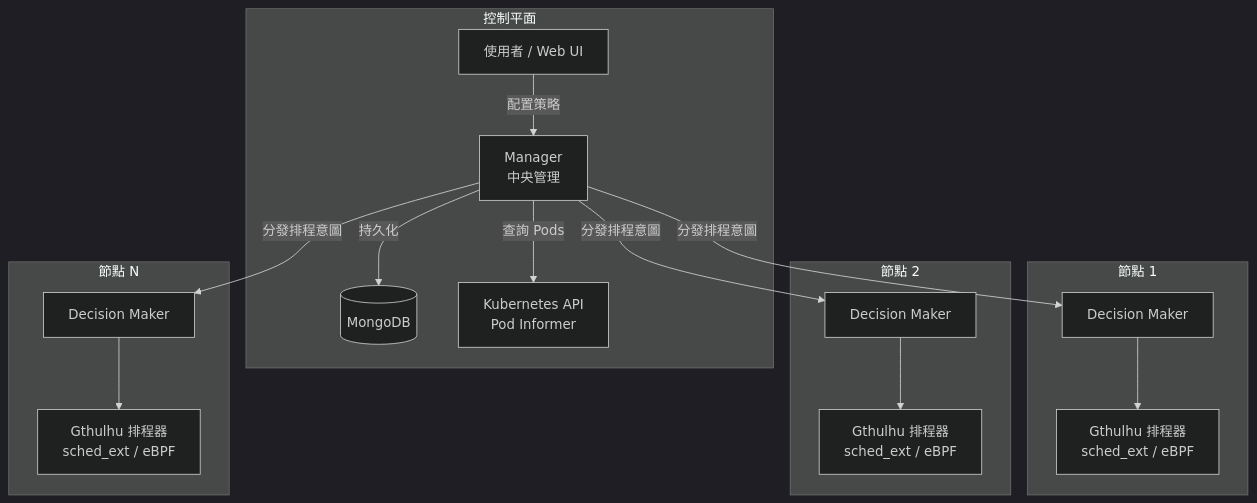
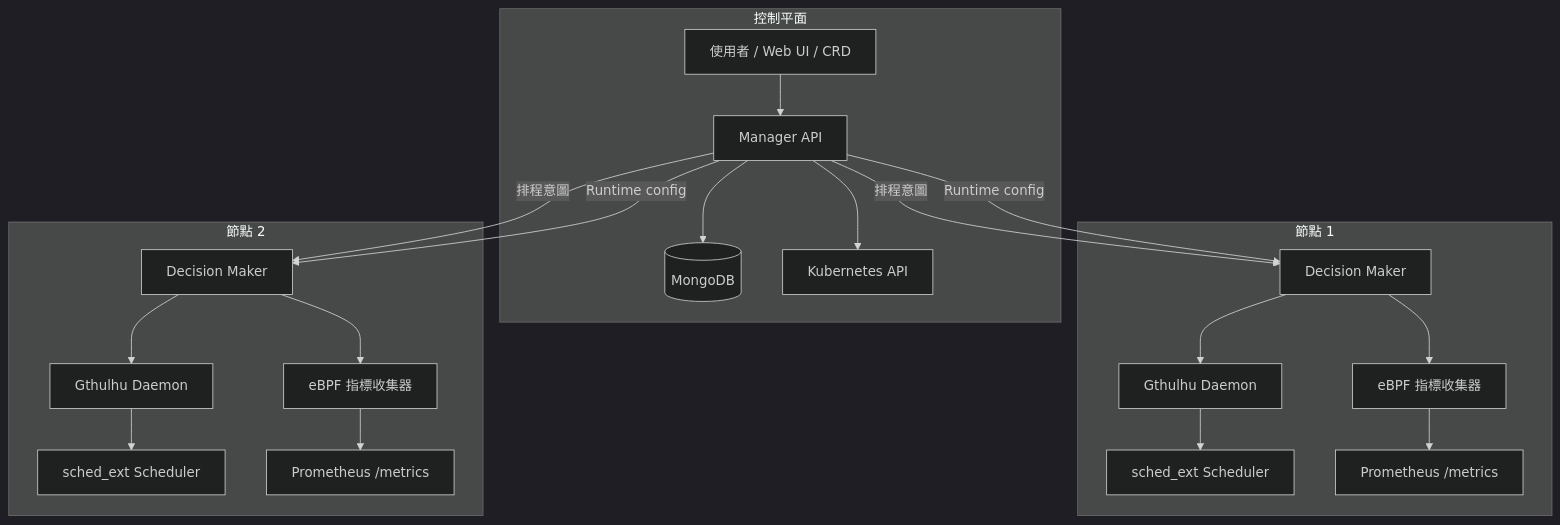
Before and after one commit to Gthulhu/docs: the first of 4 diagrams in docs/how-it-works.zh.md, drawn with Mermaid (dark theme). The commit also changed other lines of this file and 3 other files, not shown here.

````diff
--- a/docs/how-it-works.zh.md
+++ b/docs/how-it-works.zh.md
@@ -10,24 +12,27 @@
 ```mermaid
 graph TB
     subgraph "控制平面"
-        U[使用者 / Web UI] -->|配置策略| M[Manager<br/>中央管理]
-        M -->|持久化| DB[(MongoDB)]
-        M -->|查詢 Pods| K8S[Kubernetes API<br/>Pod Informer]
+        U[使用者 / Web UI / CRD] --> M[Manager API]
+        M --> DB[(MongoDB)]
+        M --> K8S[Kubernetes API]
     end
 
-    M -->|分發排程意圖| DM1
-    M -->|分發排程意圖| DM2
-    M -->|分發排程意圖| DMN
+    M -->|排程意圖| DM1
+    M -->|排程意圖| DM2
+    M -->|Runtime config| DM1
+    M -->|Runtime config| DM2
 
     subgraph "節點 1"
-        DM1[Decision Maker] --> S1[Gthulhu 排程器<br/>sched_ext / eBPF]
+        DM1[Decision Maker] --> MON1[eBPF 指標收集器]
+        DM1 --> G1[Gthulhu Daemon]
+        G1 --> S1[sched_ext Scheduler]
+        MON1 --> P1[Prometheus /metrics]
     end
 
     subgraph "節點 2"
-        DM2[Decision Maker] --> S2[Gthulhu 排程器<br/>sched_ext / eBPF]
-    end
-
-    subgraph "節點 N"
-        DMN[Decision Maker] --> SN[Gthulhu 排程器<br/>sched_ext / eBPF]
+        DM2[Decision Maker] --> MON2[eBPF 指標收集器]
+        DM2 --> G2[Gthulhu Daemon]
+        G2 --> S2[sched_ext Scheduler]
+        MON2 --> P2[Prometheus /metrics]
     end
 ```
````
